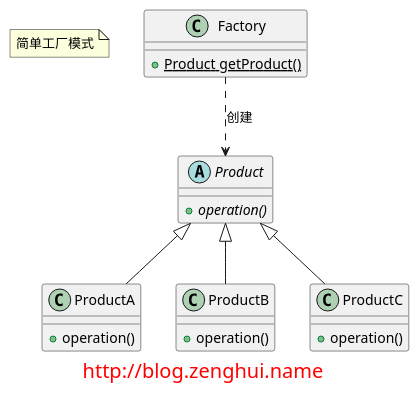
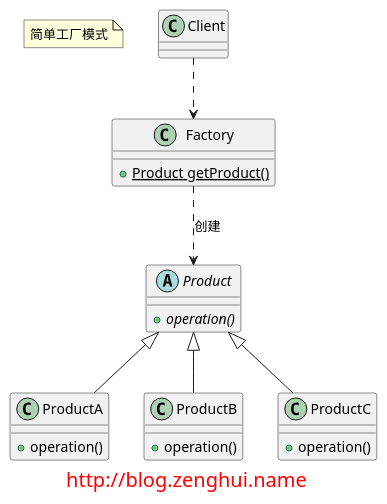
Before and after one commit to elvinzeng/java-design-pattern-samples: the diagram in simple-factory/diagrams/pattern.puml, drawn with PlantUML. The commit also changed 2 other files, not shown here.

Commit message:
更新简单工厂模式的类图

```diff
--- a/simple-factory/diagrams/pattern.puml
+++ b/simple-factory/diagrams/pattern.puml
@@ -1,32 +1,38 @@
 @startuml
 
 note "简单工厂模式" as name
 
 abstract class Product {
     + {abstract} operation()
 }
 
 class ProductA extends Product{
     + operation()
 }
 
 class ProductB extends Product{
     + operation()
 }
 
 class ProductC extends Product{
     + operation()
 }
 
 
 class Factory {
     + {static} Product getProduct()
 }
 
 Factory ..> Product : 创建
 
+class Client{
+
+}
+
+Client ..> Factory
+
 footer
 <font size="20" color="red">http://blog.zenghui.name</font>
 endfooter
 
 @enduml
```
